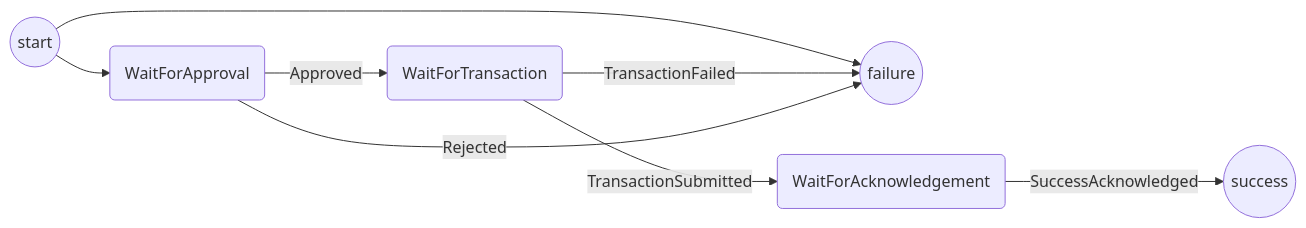
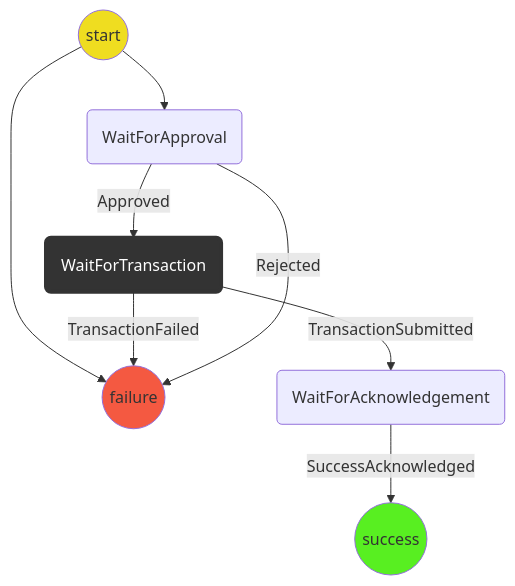
One commit to statechannels/statechannels changed the diagram in packages/rps/packages/wallet/src/redux/protocols/withdrawing/readme.md. Above: the diagram before and after it, drawn with Mermaid. The commit also changed 158 other files, not shown here.

````diff
--- a/packages/rps/packages/wallet/src/redux/protocols/withdrawing/readme.md
+++ b/packages/rps/packages/wallet/src/redux/protocols/withdrawing/readme.md
@@ -22,10 +22,20 @@
 ```mermaid
-graph LR
+graph TD
+linkStyle default interpolate basis
   St((start)) --> F((failure))
   St((start)) --> WFAp(WaitForApproval)
   WFAp --> |Approved| WFT(WaitForTransaction)
   WFT --> |TransactionSubmitted| WFAk(WaitForAcknowledgement)
   WFT --> |TransactionFailed| F((failure))
   WFAk --> |SuccessAcknowledged| S((success))
   WFAp --> |Rejected| F((failure))
+
+  classDef logic fill:#efdd20;
+  classDef Success fill:#58ef21;
+  classDef Failure fill:#f45941;
+  classDef WaitForChildProtocol stroke:#333,stroke-width:4px,color:#ffff,fill:#333;
+  class St logic;
+  class S Success;
+  class F Failure;
+  class WFT WaitForChildProtocol;
 ```
````
